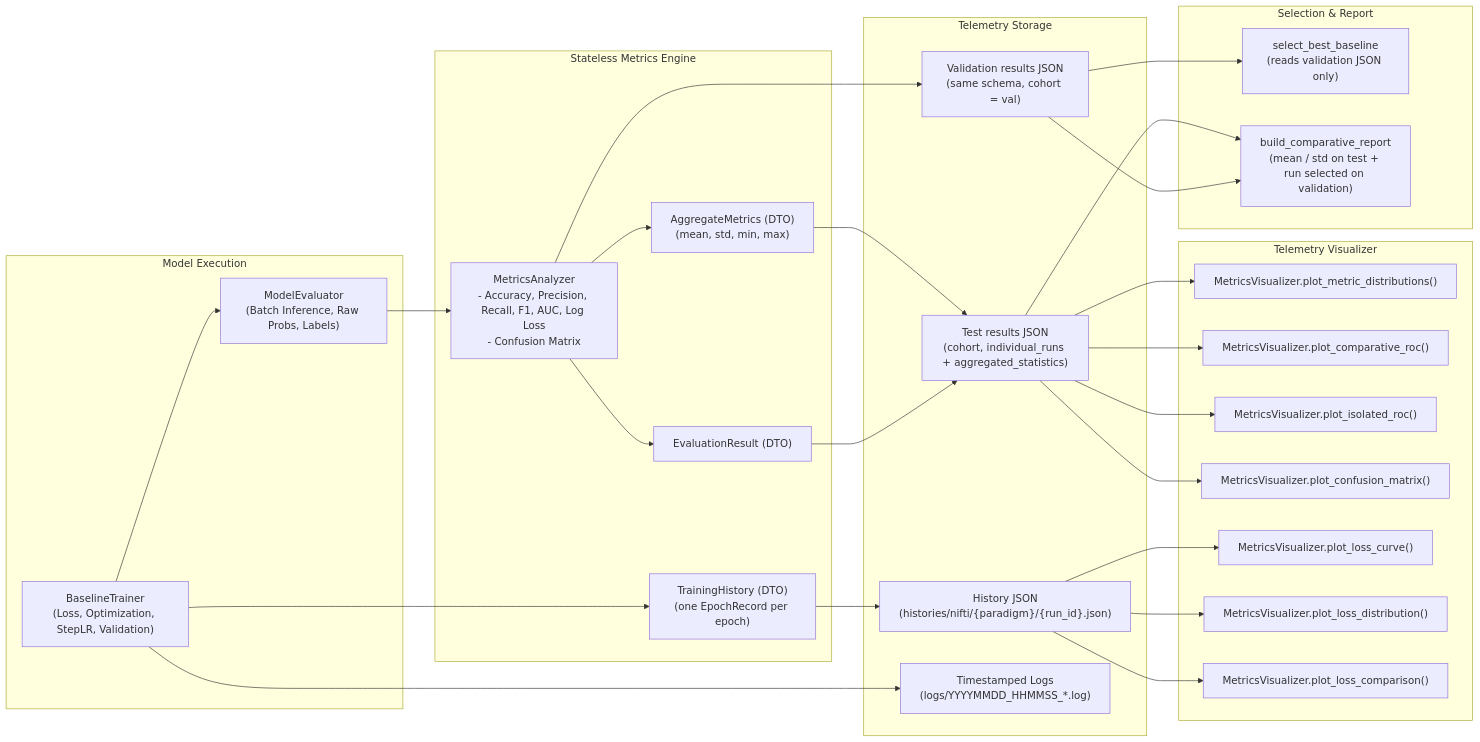
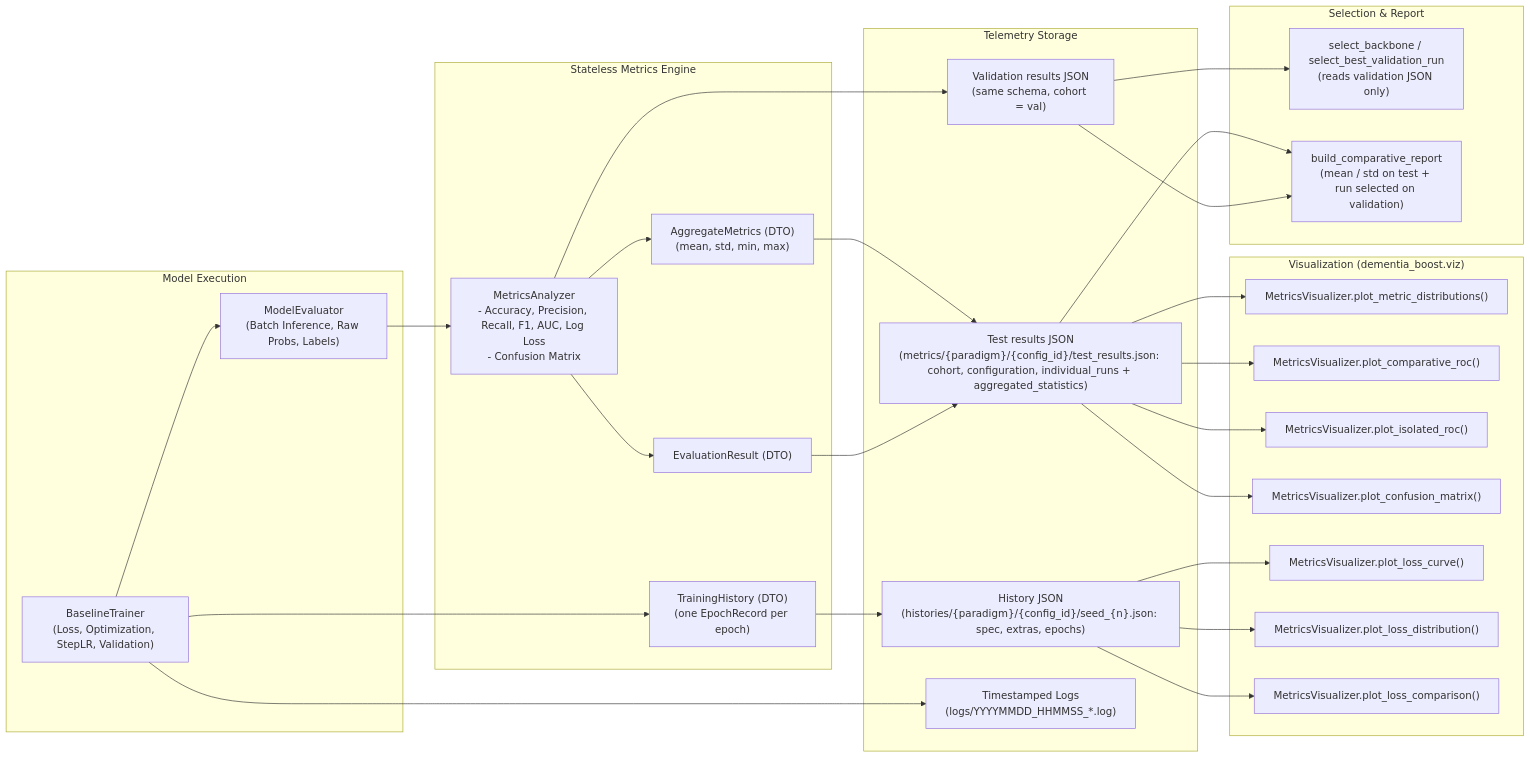
One commit to IC-QML-QTL-Dementia-Detection/dementia-boost changed the sixth of 6 diagrams in docs/architecture.md. Above: the diagram before and after it, drawn with Mermaid. The commit also changed other lines of this file and 1 other file, not shown here.

Commit message:
docs: describe run identity, the results layout and the viz package

````diff
--- a/docs/architecture.md
+++ b/docs/architecture.md
@@ -285,54 +321,54 @@
 ```mermaid
 flowchart LR
     subgraph Execution ["Model Execution"]
         TRAINER["BaselineTrainer<br/>(Loss, Optimization, StepLR, Validation)"]
         EVAL["ModelEvaluator<br/>(Batch Inference, Raw Probs, Labels)"]
     end
 
     subgraph MetricsDTO ["Stateless Metrics Engine"]
         ANALYZER["MetricsAnalyzer<br/>- Accuracy, Precision, Recall, F1, AUC, Log Loss<br/>- Confusion Matrix"]
         DTO_INDIV["EvaluationResult (DTO)"]
         DTO_AGGR["AggregateMetrics (DTO)<br/>(mean, std, min, max)"]
         DTO_HIST["TrainingHistory (DTO)<br/>(one EpochRecord per epoch)"]
     end
 
     subgraph Storage ["Telemetry Storage"]
-        JSON_STORE["Test results JSON<br/>(cohort, individual_runs + aggregated_statistics)"]
+        JSON_STORE["Test results JSON<br/>(metrics/{paradigm}/{config_id}/test_results.json: cohort, configuration, individual_runs + aggregated_statistics)"]
         JSON_VAL["Validation results JSON<br/>(same schema, cohort = val)"]
-        JSON_HIST["History JSON<br/>(histories/nifti/{paradigm}/{run_id}.json)"]
+        JSON_HIST["History JSON<br/>(histories/{paradigm}/{config_id}/seed_{n}.json: spec, extras, epochs)"]
         LOGS["Timestamped Logs<br/>(logs/YYYYMMDD_HHMMSS_*.log)"]
     end
 
     subgraph Selection ["Selection & Report"]
-        SELECT["select_best_baseline<br/>(reads validation JSON only)"]
+        SELECT["select_backbone / select_best_validation_run<br/>(reads validation JSON only)"]
         REPORT["build_comparative_report<br/>(mean / std on test + run selected on validation)"]
     end
 
-    subgraph Visualization ["Telemetry Visualizer"]
+    subgraph Visualization ["Visualization (dementia_boost.viz)"]
         BOXPLOT["MetricsVisualizer.plot_metric_distributions()"]
         ROC_AGG["MetricsVisualizer.plot_comparative_roc()"]
         ROC_ISO["MetricsVisualizer.plot_isolated_roc()"]
         CONF_MAT["MetricsVisualizer.plot_confusion_matrix()"]
         LOSS_CURVE["MetricsVisualizer.plot_loss_curve()"]
         LOSS_DIST["MetricsVisualizer.plot_loss_distribution()"]
         LOSS_CMP["MetricsVisualizer.plot_loss_comparison()"]
     end
 
     TRAINER --> EVAL
     EVAL --> ANALYZER
     ANALYZER --> DTO_INDIV --> JSON_STORE
     ANALYZER --> DTO_AGGR --> JSON_STORE
     ANALYZER --> JSON_VAL
     JSON_VAL --> SELECT
     JSON_VAL --> REPORT
     JSON_STORE --> REPORT
     TRAINER --> LOGS
     JSON_STORE --> BOXPLOT
     JSON_STORE --> ROC_AGG
     JSON_STORE --> ROC_ISO
     JSON_STORE --> CONF_MAT
     TRAINER --> DTO_HIST --> JSON_HIST
     JSON_HIST --> LOSS_CURVE
     JSON_HIST --> LOSS_DIST
     JSON_HIST --> LOSS_CMP
 ```
````
